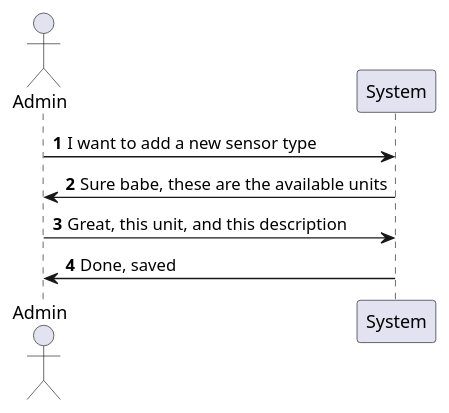
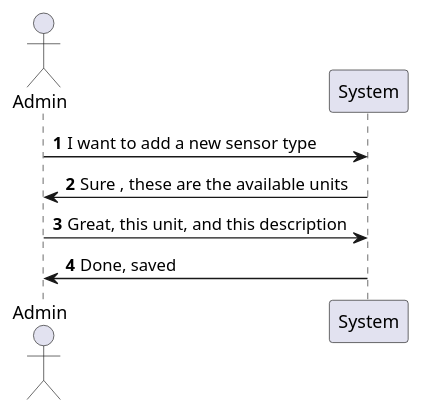
One commit to olivDiogo/SmartHome changed the diagram in docs/userStories/us04/artifacts/US04SSD.puml. Above: the diagram before and after it, drawn with PlantUML. The commit also changed 11 other files, not shown here.

```diff
--- a/docs/userStories/us04/artifacts/US04SSD.puml
+++ b/docs/userStories/us04/artifacts/US04SSD.puml
@@ -1,17 +1,16 @@
 @startuml
 'As an Administrator, I want to have a list of existing rooms, so that I can choose
 'one to edit it.'
 
 !pragma layout smetana
 autonumber
 
 actor Admin
 participant System
 
 Admin -> System: I want to add a new sensor type
-System -> Admin: Sure babe, these are the available units
+System -> Admin: Sure , these are the available units
 Admin -> System: Great, this unit, and this description
-
 System -> Admin: Done, saved
 
 @enduml
```
